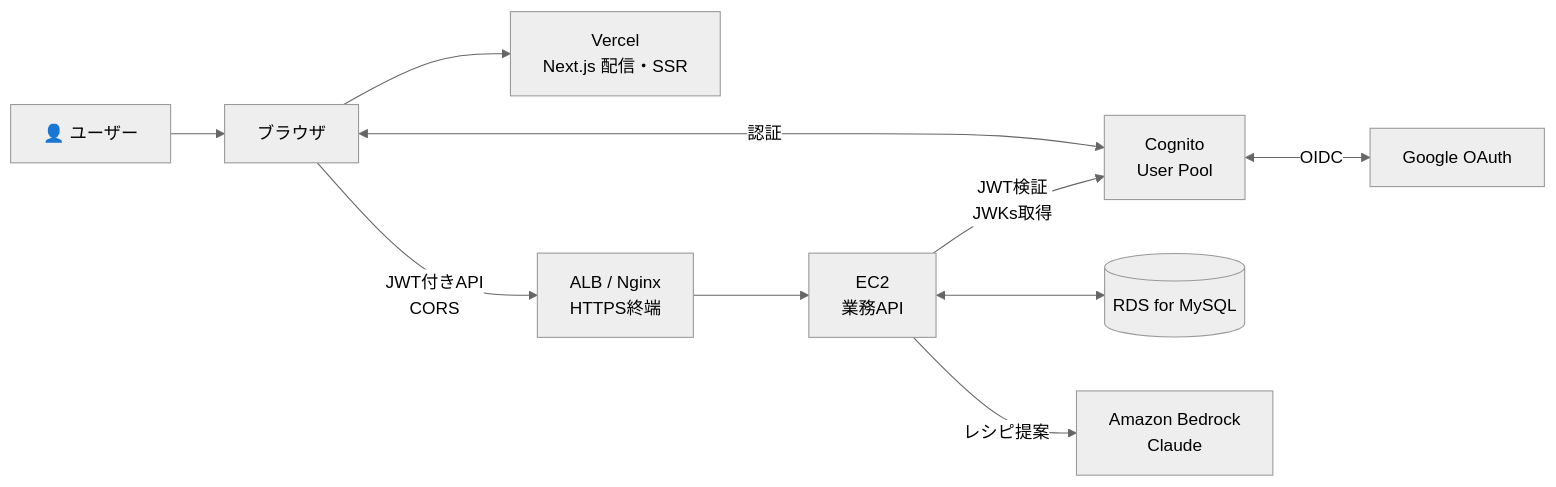
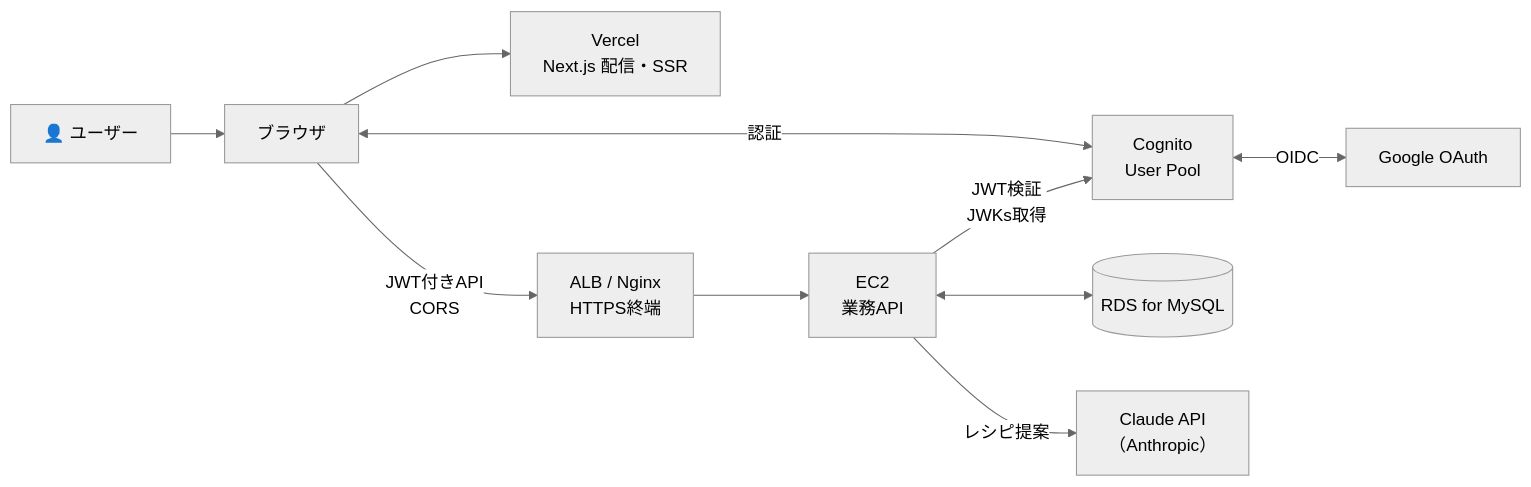
The fifth of 9 diagrams in docs/design.md (Takapon2512/recipe-rec), drawn with Mermaid (neutral theme) before and after one commit. The commit also changed other lines of this file and 3 other files, not shown here.

````diff
--- a/docs/design.md
+++ b/docs/design.md
@@ -176,22 +176,22 @@
 ```mermaid
 flowchart LR
     User[👤 ユーザー]
     Browser[ブラウザ]
     Vercel[Vercel<br/>Next.js 配信・SSR]
     ALB[ALB / Nginx<br/>HTTPS終端]
     EC2[EC2<br/>業務API]
     Cognito[Cognito<br/>User Pool]
     DB[(RDS for MySQL)]
-    Bedrock[Amazon Bedrock<br/>Claude]
+    ClaudeAPI[Claude API<br/>（Anthropic）]
     Google[Google OAuth]
 
     User --> Browser
     Browser --> Vercel
     Browser <-->|認証| Cognito
     Cognito <-->|OIDC| Google
     Browser -->|JWT付きAPI<br/>CORS| ALB
     ALB --> EC2
     EC2 -->|JWT検証<br/>JWKs取得| Cognito
     EC2 <--> DB
-    EC2 -->|レシピ提案| Bedrock
+    EC2 -->|レシピ提案| ClaudeAPI
 ```
````
